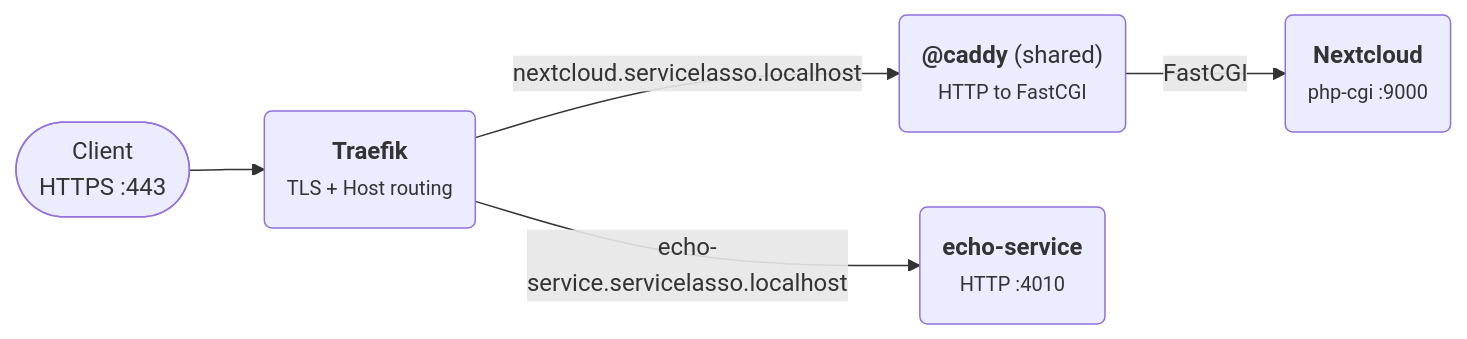
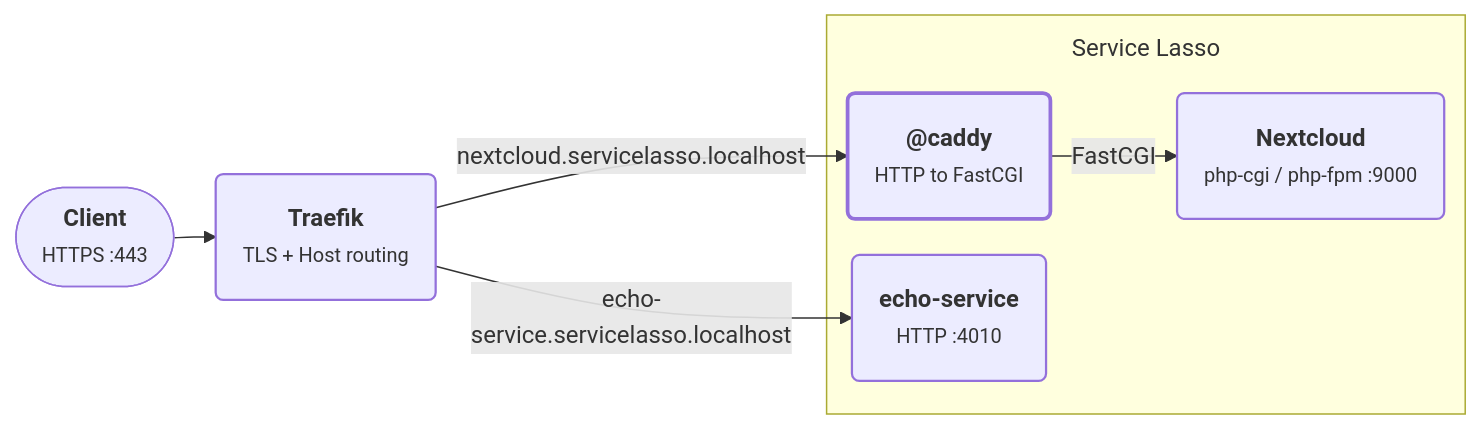
The diagram in docs/getting-started/advanced-proxying-services-with-caddy.md (service-lasso/service-lasso), drawn with Mermaid before and after one commit. The commit also changed other lines of this file and 1 other file, not shown here.

Commit message:
Match the getting-started diagram styling
- use the shared tutorial-architecture mermaid init and classDef style for the Caddy article
- restyle the secrets lesson diagram to the same style

````diff
--- a/docs/getting-started/advanced-proxying-services-with-caddy.md
+++ b/docs/getting-started/advanced-proxying-services-with-caddy.md
@@ -25,13 +27,22 @@
 ```mermaid
+%%{init: {"flowchart": {"nodeSpacing": 24, "rankSpacing": 28, "padding": 18, "subGraphTitleMargin": {"top": 10, "bottom": 20}}, "themeVariables": {"fontFamily": "system-ui, sans-serif"}}}%%
 flowchart LR
-  client(["Client<br/>HTTPS :443"])
+  accTitle: Shared Caddy translates FastCGI behind Traefik
+  accDescr: Clients reach Traefik over HTTPS. Traefik terminates TLS and routes each domain either directly to an HTTP service or to the shared Caddy translator for FastCGI backends. Caddy forwards to the private FastCGI endpoint.
+  client(["<b>Client</b><br/><small>HTTPS :443</small>"])
   traefik("<b>Traefik</b><br/><small>TLS + Host routing</small>")
-  caddy("<b>@caddy</b> (shared)<br/><small>HTTP to FastCGI</small>")
-  nextcloud("<b>Nextcloud</b><br/><small>php-cgi :9000</small>")
-  echo("<b>echo-service</b><br/><small>HTTP :4010</small>")
-
+  subgraph lasso["Service Lasso"]
+    caddy("<b>@caddy</b><br/><small>HTTP to FastCGI</small>")
+    nextcloud("<b>Nextcloud</b><br/><small>php-cgi / php-fpm :9000</small>")
+    echo("<b>echo-service</b><br/><small>HTTP :4010</small>")
+    caddy -->|FastCGI| nextcloud
+  end
   client --> traefik
   traefik -->|"nextcloud.servicelasso.localhost"| caddy
   traefik -->|"echo-service.servicelasso.localhost"| echo
-  caddy -->|FastCGI| nextcloud
+  classDef service stroke-width:1.5px
+  classDef added stroke-width:2.5px
+  classDef optional stroke-dasharray:5 4
+  class traefik,echo,nextcloud service
+  class caddy added
 ```
````
